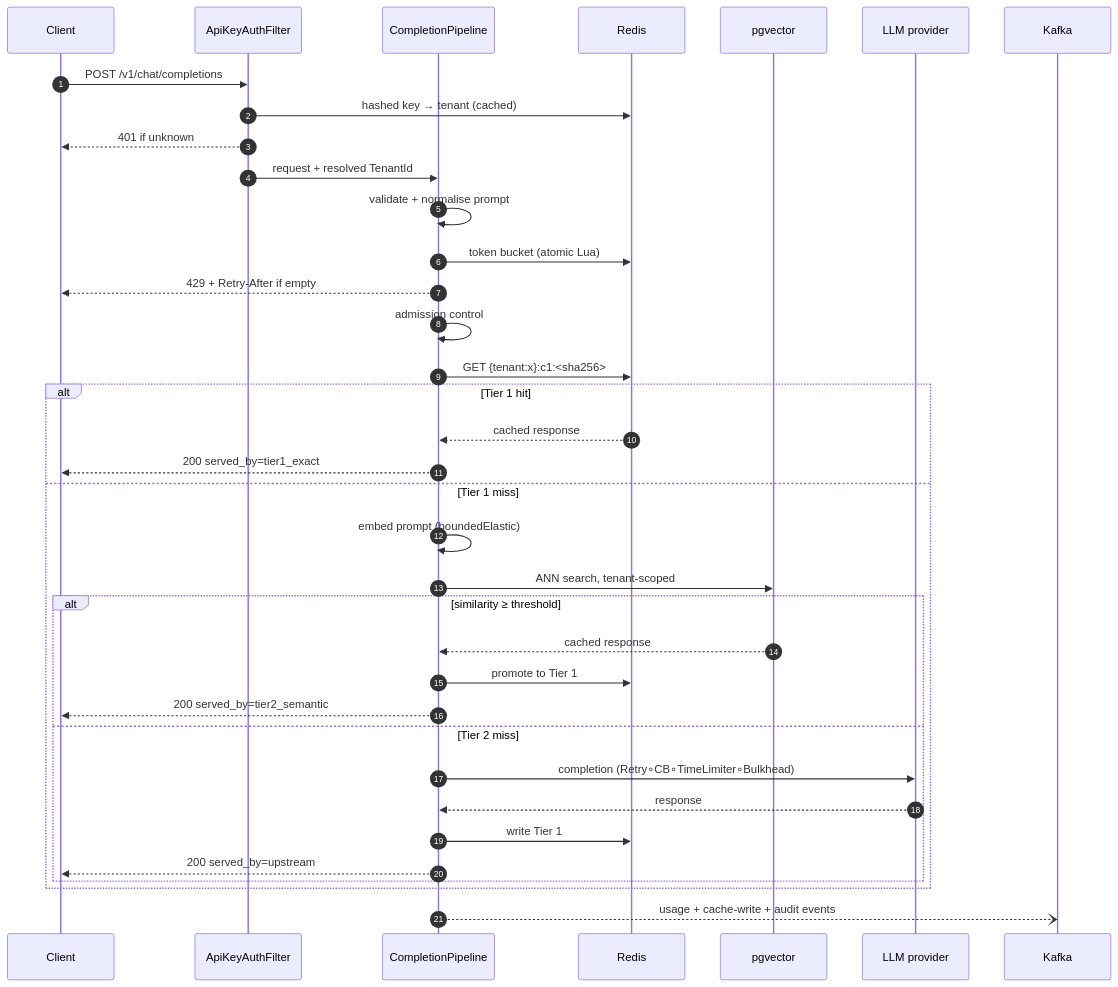
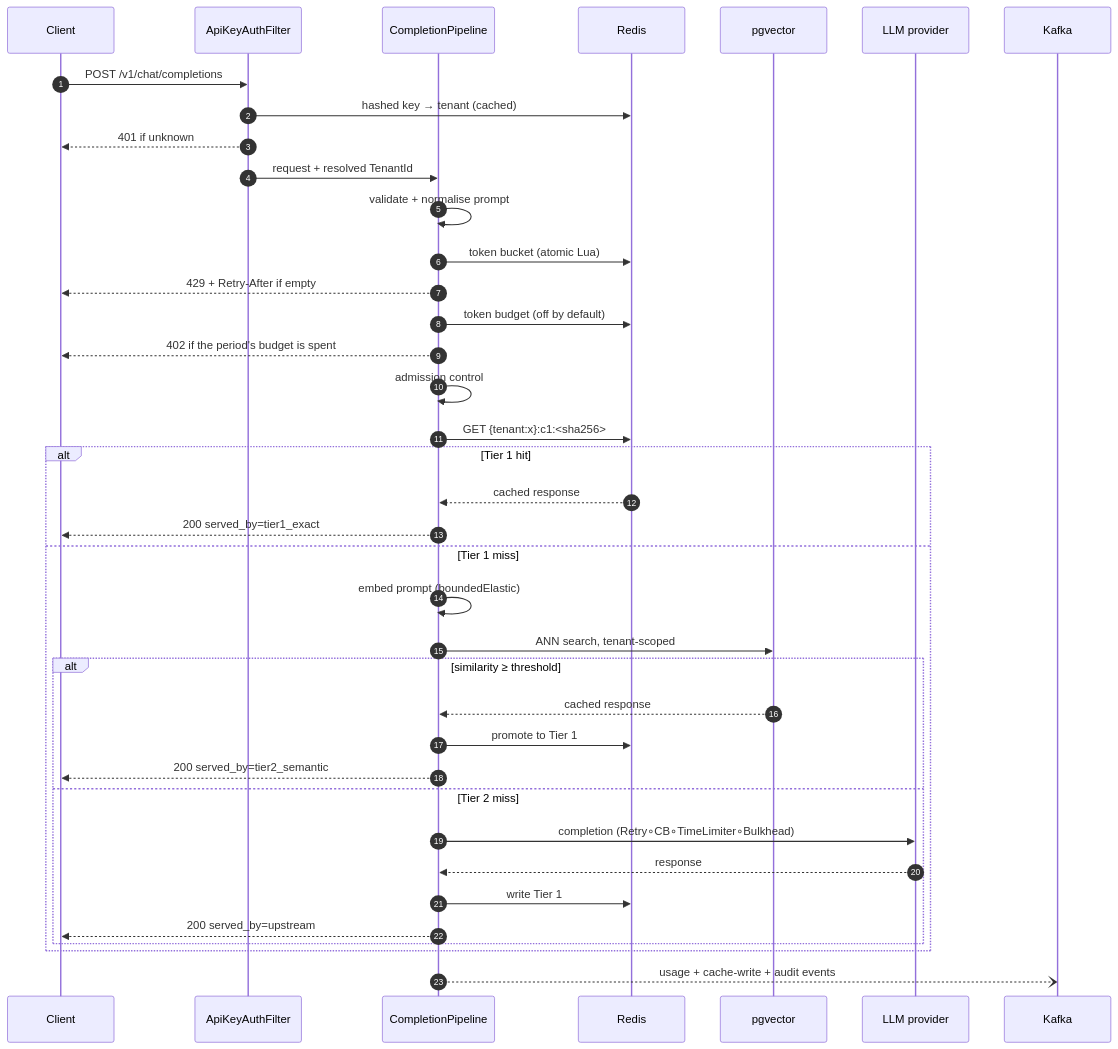
Before and after one commit to VasanthvasanthM/multi-tenant-ai-gateway: the third of 5 diagrams in docs/architecture/HLD.md, drawn with Mermaid. The commit also changed other lines of this file and 19 other files, not shown here.

````diff
--- a/docs/architecture/HLD.md
+++ b/docs/architecture/HLD.md
@@ -165,42 +165,44 @@
 ```mermaid
 sequenceDiagram
     autonumber
     participant C as Client
     participant A as ApiKeyAuthFilter
     participant P as CompletionPipeline
     participant R as Redis
     participant V as pgvector
     participant L as LLM provider
     participant K as Kafka
 
     C->>A: POST /v1/chat/completions
     A->>R: hashed key → tenant (cached)
     A-->>C: 401 if unknown
     A->>P: request + resolved TenantId
 
     P->>P: validate + normalise prompt
     P->>R: token bucket (atomic Lua)
     P-->>C: 429 + Retry-After if empty
+    P->>R: token budget (off by default)
+    P-->>C: 402 if the period's budget is spent
     P->>P: admission control
 
     P->>R: GET {tenant:x}:c1:<sha256>
     alt Tier 1 hit
         R-->>P: cached response
         P-->>C: 200 served_by=tier1_exact
     else Tier 1 miss
         P->>P: embed prompt (boundedElastic)
         P->>V: ANN search, tenant-scoped
         alt similarity ≥ threshold
             V-->>P: cached response
             P->>R: promote to Tier 1
             P-->>C: 200 served_by=tier2_semantic
         else Tier 2 miss
             P->>L: completion (Retry∘CB∘TimeLimiter∘Bulkhead)
             L-->>P: response
             P->>R: write Tier 1
             P-->>C: 200 served_by=upstream
         end
     end
 
     P--)K: usage + cache-write + audit events
 ```
````
